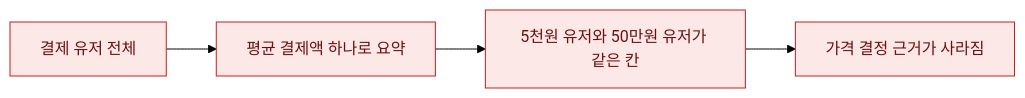
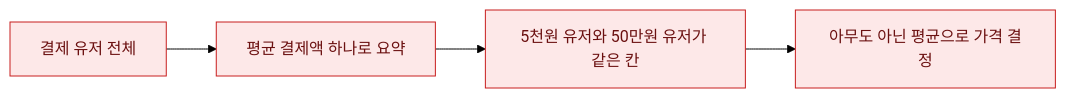
Before and after one commit to DBhyeong/DBhyeong.github.io: the first of 3 diagrams in content/blog/paying-tier-distribution-bm-balancing.md, drawn with Mermaid (forest theme). The commit also changed other lines of this file and 1 other file, not shown here.

````diff
--- a/content/blog/paying-tier-distribution-bm-balancing.md
+++ b/content/blog/paying-tier-distribution-bm-balancing.md
@@ -19,9 +21,9 @@
 ```mermaid
 flowchart LR
     A[결제 유저 전체] --> B[평균 결제액 하나로 요약]
     B --> C[5천원 유저와 50만원 유저가 같은 칸]
-    C --> D[가격 결정 근거가 사라짐]
+    C --> D[아무도 아닌 평균으로 가격 결정]
 
     classDef bad fill:#fde8e8,stroke:#c81e1e,color:#6b1010,stroke-width:1px
     class A,B,C,D bad
 ```
````
